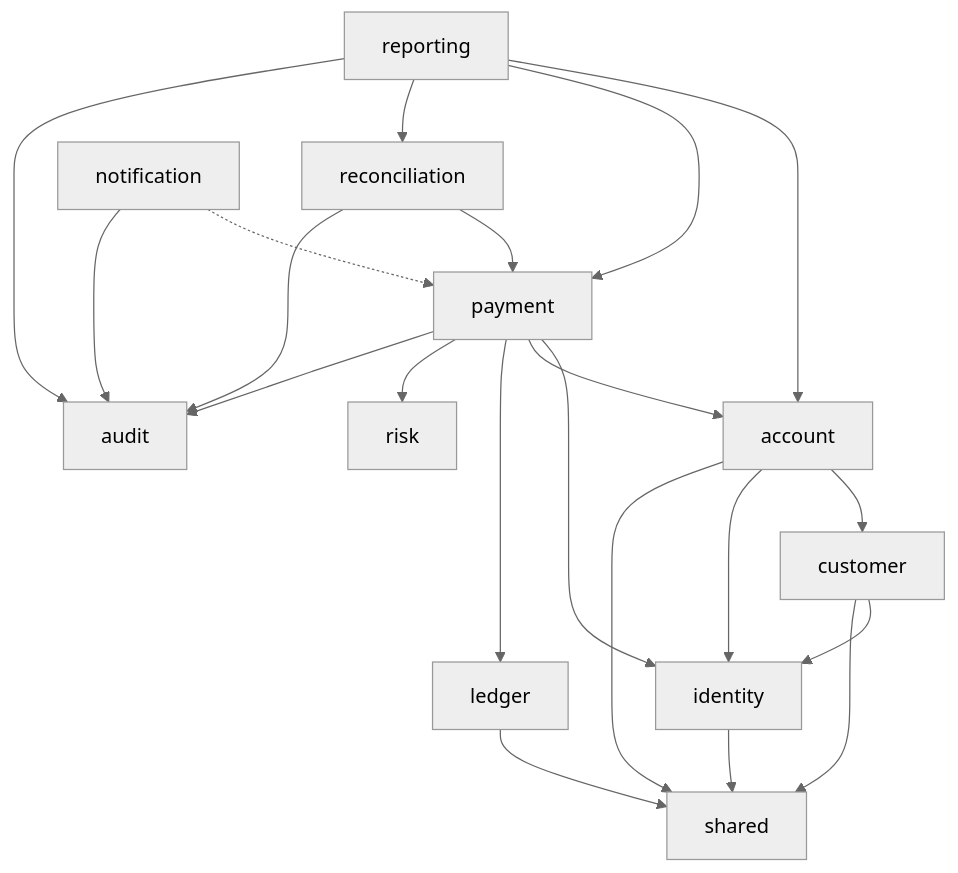
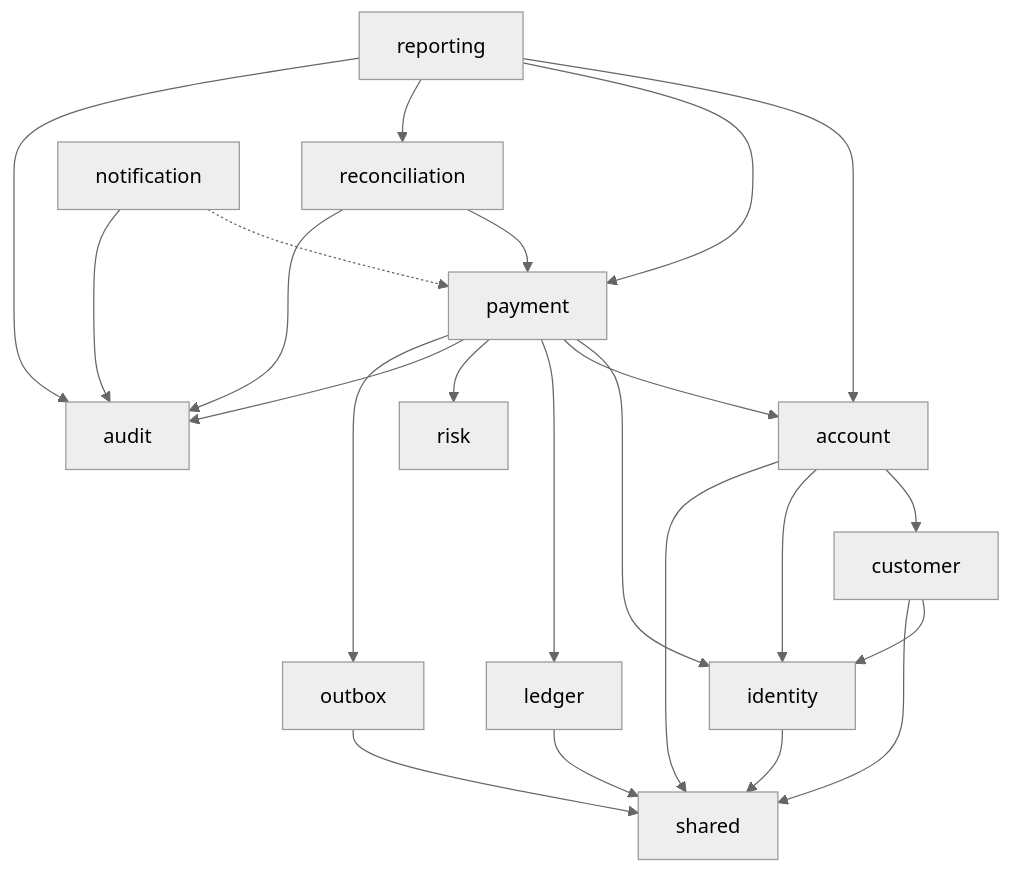
One commit to SamHarrison1999/event-driven-payments-platform changed the third of 5 diagrams in docs/architecture/overview.md. Above: the diagram before and after it, drawn with Mermaid (neutral theme). The commit also changed other lines of this file and 8 other files, not shown here.

````diff
--- a/docs/architecture/overview.md
+++ b/docs/architecture/overview.md
@@ -190,35 +192,38 @@
 ```mermaid
 flowchart TB
     identity["identity"]
     customer["customer"]
     account["account"]
     payment["payment"]
     ledger["ledger"]
     risk["risk"]
     reconciliation["reconciliation"]
     notification["notification"]
     audit["audit"]
     reporting["reporting"]
+    outbox["outbox"]
     shared["shared"]
 
     identity --> shared
     customer --> identity
     customer --> shared
     account --> customer
     account --> identity
     account --> shared
     payment --> identity
     payment --> account
     payment --> ledger
     payment --> risk
     payment --> audit
+    payment --> outbox
+    outbox --> shared
     ledger --> shared
     reconciliation --> payment
     reconciliation --> audit
     notification -.-> payment
     notification --> audit
     reporting --> account
     reporting --> payment
     reporting --> reconciliation
     reporting --> audit
 ```
````
